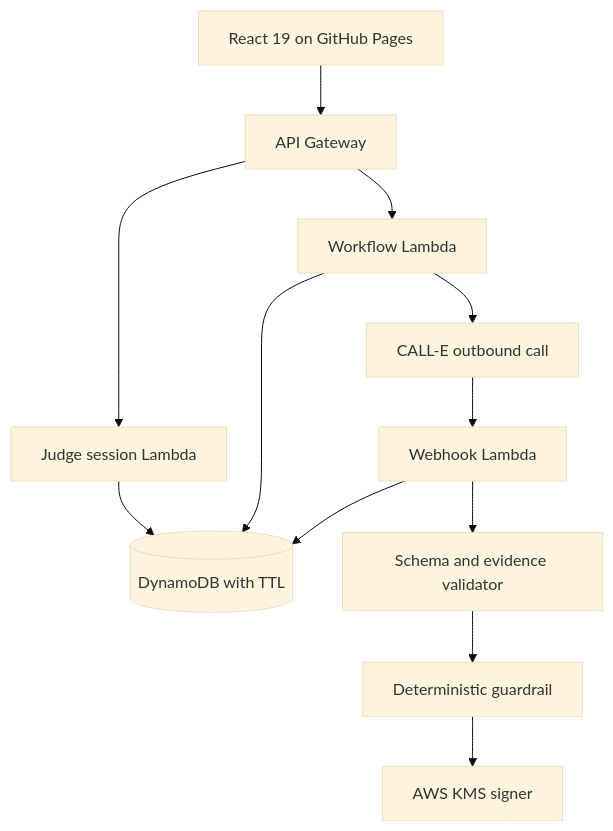
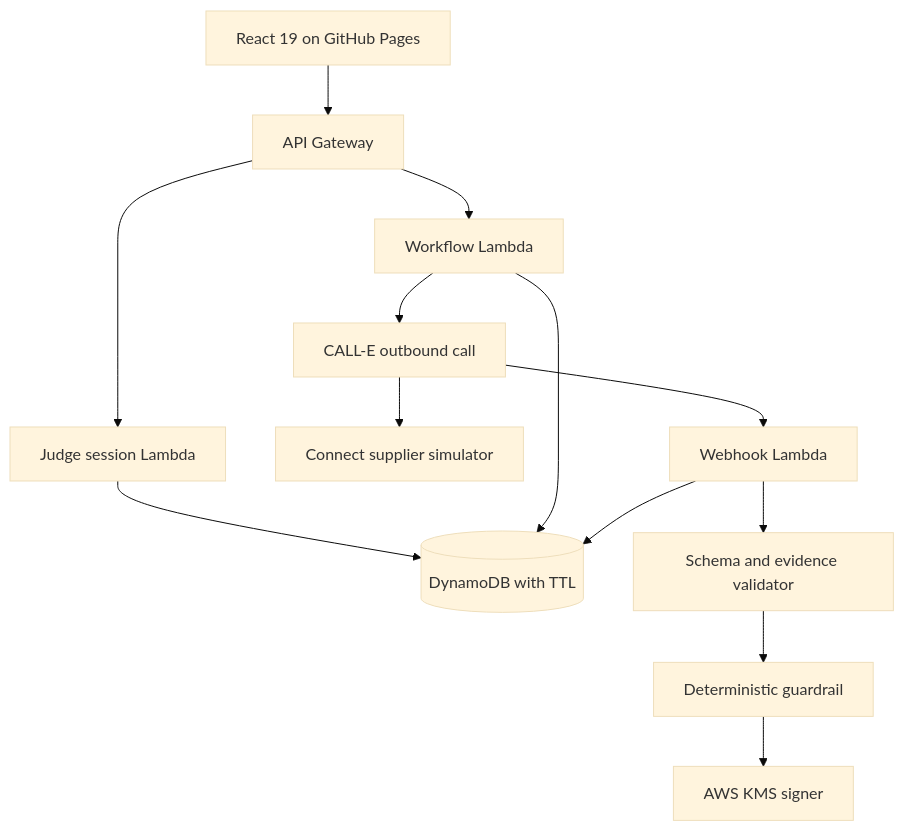
Before and after one commit to robert-lukowski/stockguard-autonomous-procurement: the second of 2 diagrams in docs/judge-mode-manager-escalation.md, drawn with Mermaid (base theme). The commit also changed other lines of this file and 12 other files, not shown here.

Commit message:
Add synthetic supplier simulator harness

````diff
--- a/docs/judge-mode-manager-escalation.md
+++ b/docs/judge-mode-manager-escalation.md
@@ -90,14 +92,15 @@
 ```mermaid
 flowchart TD
   UI[React 19 on GitHub Pages] --> API[API Gateway]
   API --> AUTH[Judge session Lambda]
   API --> FLOW[Workflow Lambda]
   FLOW --> CALLE[CALL-E outbound call]
+  CALLE --> SIM[Connect supplier simulator]
   CALLE --> HOOK[Webhook Lambda]
   AUTH --> DB[(DynamoDB with TTL)]
   FLOW --> DB
   HOOK --> DB
   HOOK --> VALIDATE[Schema and evidence validator]
   VALIDATE --> POLICY[Deterministic guardrail]
   POLICY --> KMS[AWS KMS signer]
 ```
````
